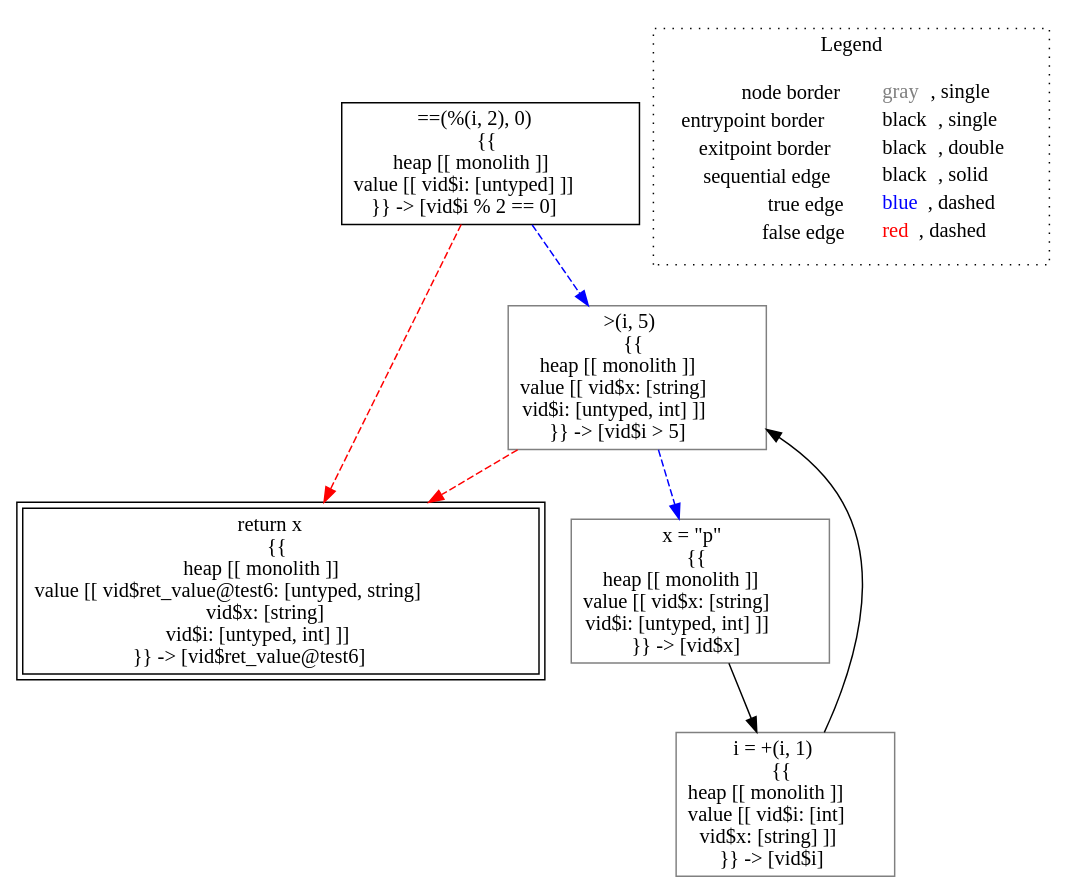
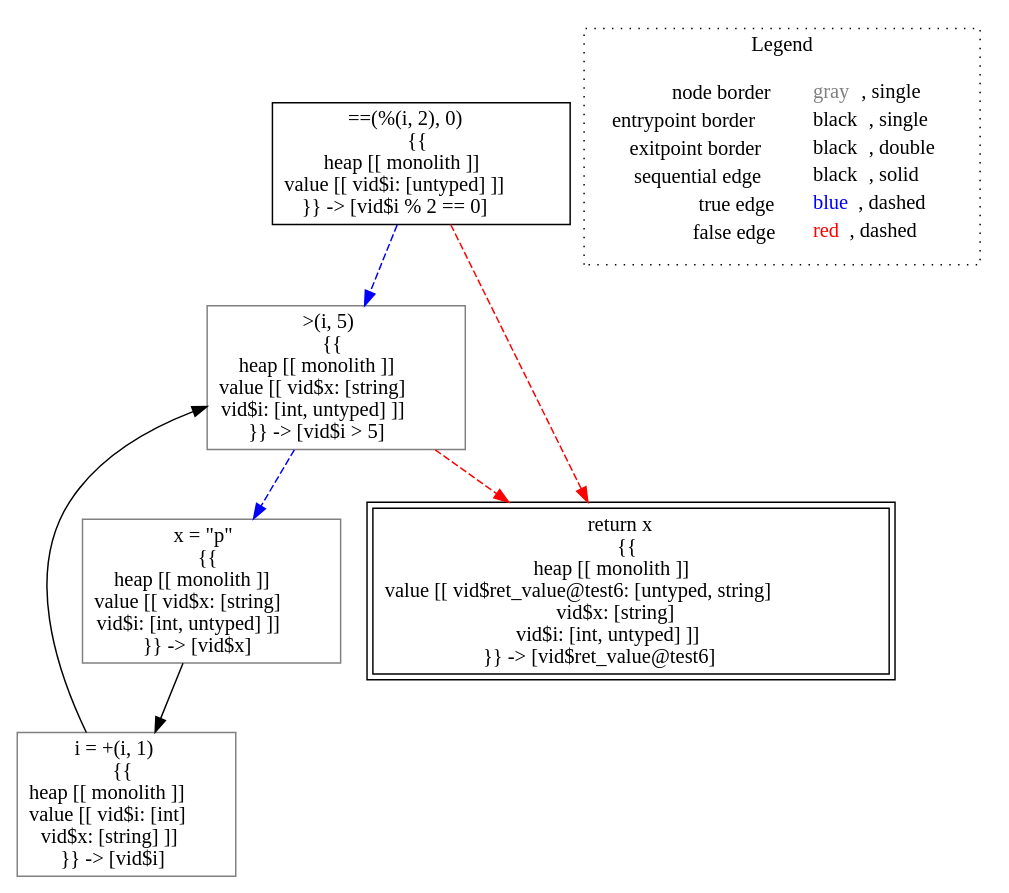
One commit to lisa-analyzer/lisa changed the diagram in lisa/imp-testcases/type-inference/typing___untyped_test6(untyped_i).dot. Above: the diagram before and after it, drawn with Graphviz. The commit also changed 3 other files, not shown here.

```diff
--- a/lisa/imp-testcases/type-inference/typing___untyped_test6(untyped_i).dot
+++ b/lisa/imp-testcases/type-inference/typing___untyped_test6(untyped_i).dot
@@ -1,20 +1,20 @@
 digraph {
 	"node0" [shape="rect",color="black",label=<==(%(i, 2), 0)<BR/>{{<BR/>heap [[ monolith ]]<BR/>value [[ vid$i: [untyped] ]]<BR/>}} -&gt; [vid$i % 2 == 0]>];
-	"node1" [shape="rect",color="gray",label=<x = &quot;p&quot;<BR/>{{<BR/>heap [[ monolith ]]<BR/>value [[ vid$x: [string]<BR/>vid$i: [untyped, int] ]]<BR/>}} -&gt; [vid$x]>];
-	"node2" [shape="rect",color="black",peripheries="2",label=<return x<BR/>{{<BR/>heap [[ monolith ]]<BR/>value [[ vid$ret_value@test6: [untyped, string]<BR/>vid$x: [string]<BR/>vid$i: [untyped, int] ]]<BR/>}} -&gt; [vid$ret_value@test6]>];
-	"node3" [shape="rect",color="gray",label=<&gt;(i, 5)<BR/>{{<BR/>heap [[ monolith ]]<BR/>value [[ vid$x: [string]<BR/>vid$i: [untyped, int] ]]<BR/>}} -&gt; [vid$i &gt; 5]>];
-	"node4" [shape="rect",color="gray",label=<i = +(i, 1)<BR/>{{<BR/>heap [[ monolith ]]<BR/>value [[ vid$i: [int]<BR/>vid$x: [string] ]]<BR/>}} -&gt; [vid$i]>];
-	"node1" -> "node4" [color="black"];
-	"node0" -> "node2" [color="red",style="dashed"];
+	"node1" [shape="rect",color="gray",label=<x = &quot;p&quot;<BR/>{{<BR/>heap [[ monolith ]]<BR/>value [[ vid$x: [string]<BR/>vid$i: [int, untyped] ]]<BR/>}} -&gt; [vid$x]>];
+	"node2" [shape="rect",color="gray",label=<i = +(i, 1)<BR/>{{<BR/>heap [[ monolith ]]<BR/>value [[ vid$i: [int]<BR/>vid$x: [string] ]]<BR/>}} -&gt; [vid$i]>];
+	"node3" [shape="rect",color="gray",label=<&gt;(i, 5)<BR/>{{<BR/>heap [[ monolith ]]<BR/>value [[ vid$x: [string]<BR/>vid$i: [int, untyped] ]]<BR/>}} -&gt; [vid$i &gt; 5]>];
+	"node4" [shape="rect",color="black",peripheries="2",label=<return x<BR/>{{<BR/>heap [[ monolith ]]<BR/>value [[ vid$ret_value@test6: [untyped, string]<BR/>vid$x: [string]<BR/>vid$i: [int, untyped] ]]<BR/>}} -&gt; [vid$ret_value@test6]>];
+	"node1" -> "node2" [color="black"];
+	"node2" -> "node3" [color="black"];
 	"node0" -> "node3" [color="blue",style="dashed"];
+	"node0" -> "node4" [color="red",style="dashed"];
 	"node3" -> "node1" [color="blue",style="dashed"];
-	"node3" -> "node2" [color="red",style="dashed"];
-	"node4" -> "node3" [color="black"];
+	"node3" -> "node4" [color="red",style="dashed"];
 subgraph cluster_legend {
 	label="Legend";
 	style=dotted;
 	node [shape=plaintext];
 	"legend" [label=<<table border="0" cellpadding="2" cellspacing="0" cellborder="0"><tr><td align="right">node border&nbsp;</td><td align="left"><font color="gray">gray</font>, single</td></tr><tr><td align="right">entrypoint border&nbsp;</td><td align="left"><font color="black">black</font>, single</td></tr><tr><td align="right">exitpoint border&nbsp;</td><td align="left"><font color="black">black</font>, double</td></tr><tr><td align="right">sequential edge&nbsp;</td><td align="left"><font color="black">black</font>, solid</td></tr><tr><td align="right">true edge&nbsp;</td><td align="left"><font color="blue">blue</font>, dashed</td></tr><tr><td align="right">false edge&nbsp;</td><td align="left"><font color="red">red</font>, dashed</td></tr></table>>];
 }
 
 }
```
